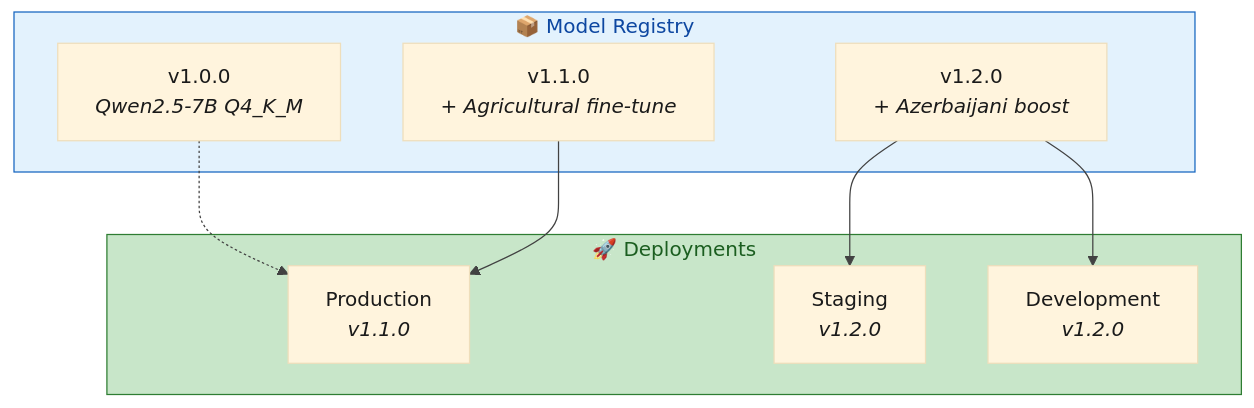
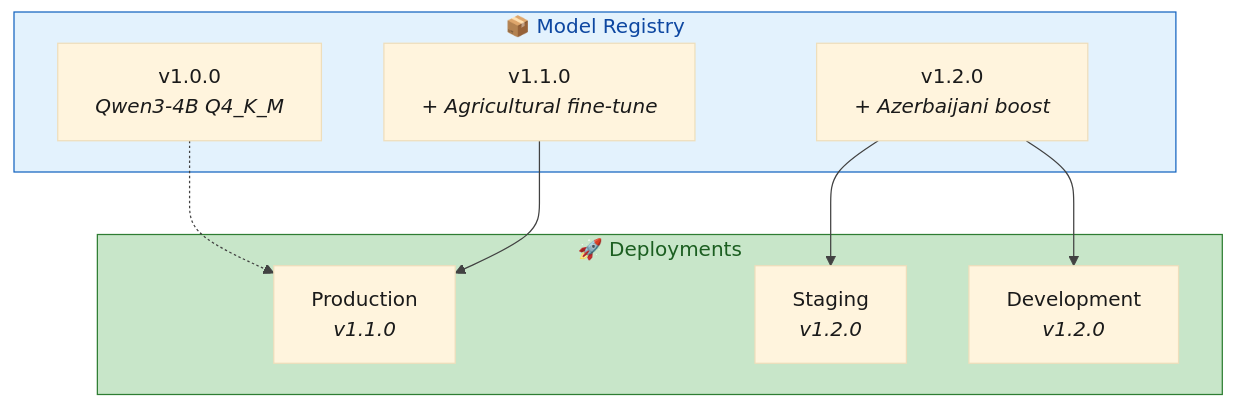
Before and after one commit to Px8Studio/yonja: the fourth of 4 diagrams in docs/zekalab/10-DEVOPS-RUNBOOK.md, drawn with Mermaid. The commit also changed other lines of this file and 9 other files, not shown here.

````diff
--- a/docs/zekalab/10-DEVOPS-RUNBOOK.md
+++ b/docs/zekalab/10-DEVOPS-RUNBOOK.md
@@ -1065,23 +1065,23 @@
 ```mermaid
 %%{init: {'theme': 'base', 'themeVariables': { 'primaryTextColor': '#1a1a1a', 'lineColor': '#424242'}}}%%
 graph TB
     subgraph registry["📦 Model Registry"]
-        v1["v1.0.0<br/><i>Qwen2.5-7B Q4_K_M</i>"]
+        v1["v1.0.0<br/><i>Qwen3-4B Q4_K_M</i>"]
         v2["v1.1.0<br/><i>+ Agricultural fine-tune</i>"]
         v3["v1.2.0<br/><i>+ Azerbaijani boost</i>"]
     end
     
     subgraph deploy["🚀 Deployments"]
         prod["Production<br/><i>v1.1.0</i>"]
         staging["Staging<br/><i>v1.2.0</i>"]
         dev["Development<br/><i>v1.2.0</i>"]
     end
     
     v1 -.-> prod
     v2 --> prod
     v3 --> staging
     v3 --> dev
     
     style registry fill:#e3f2fd,stroke:#1565c0,color:#0d47a1
     style deploy fill:#c8e6c9,stroke:#2e7d32,color:#1b5e20
 ```
````
